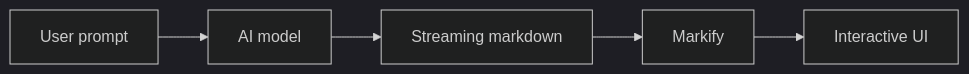
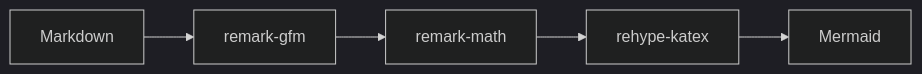
One commit to glitchoff/markify changed the first of 4 diagrams in docs/mermaid.md. Above: the diagram before and after it, drawn with Mermaid (dark theme). The commit also changed other lines of this file and 13 other files, not shown here.

````diff
--- a/docs/mermaid.md
+++ b/docs/mermaid.md
@@ -5,7 +20,7 @@
 ```mermaid
-flowchart LR
-    A[User prompt] --> B[AI model]
-    B --> C[Streaming markdown]
-    C --> D[Markify]
-    D --> E[Interactive UI]
+graph LR
+    A[Markdown] --> B[remark-gfm]
+    B --> C[remark-math]
+    C --> D[rehype-katex]
+    D --> E[Mermaid]
 ```
````
